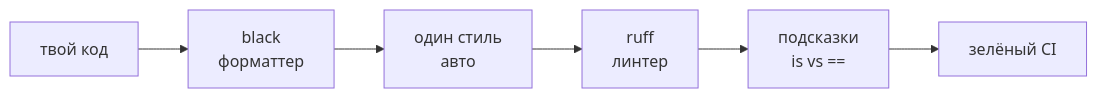
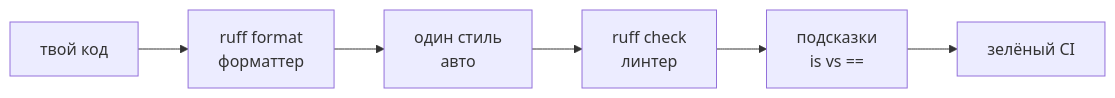
The first of 2 diagrams in 02_Курсы/01. Инженерные практики Python/01_Лекции/14. Читаемость кода.md (JayStorm228/College), drawn with Mermaid before and after one commit. The commit also changed other lines of this file and 4 other files, not shown here.

First line of the commit message:
К1/К2: black заменён на ruff format в курсе 1, убрана ссылка на Pydantic в NumPy 01

````diff
--- a/02_Курсы/01. Инженерные практики Python/01_Лекции/14. Читаемость кода.md
+++ b/02_Курсы/01. Инженерные практики Python/01_Лекции/14. Читаемость кода.md
@@ -40,8 +40,8 @@
 ```mermaid
 flowchart LR
-  A[твой код] --> B[black<br>форматтер]
+  A[твой код] --> B[ruff format<br>форматтер]
   B --> C[один стиль<br>авто]
-  C --> D[ruff<br>линтер]
+  C --> D[ruff check<br>линтер]
   D --> E[подсказки<br>is vs ==]
   E --> F[зелёный CI]
 ```
````
